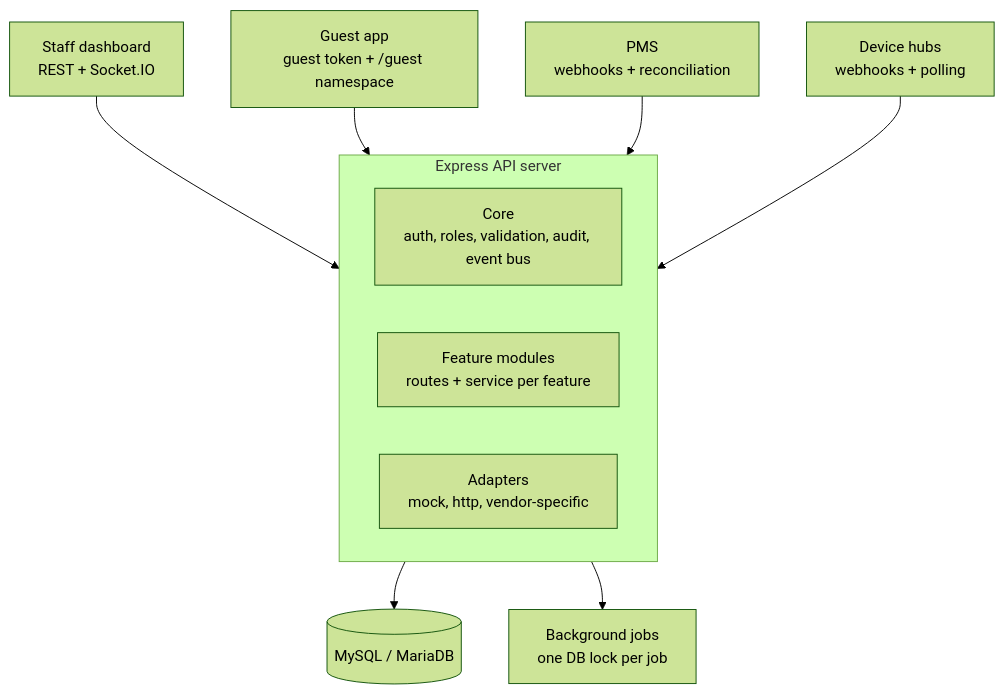
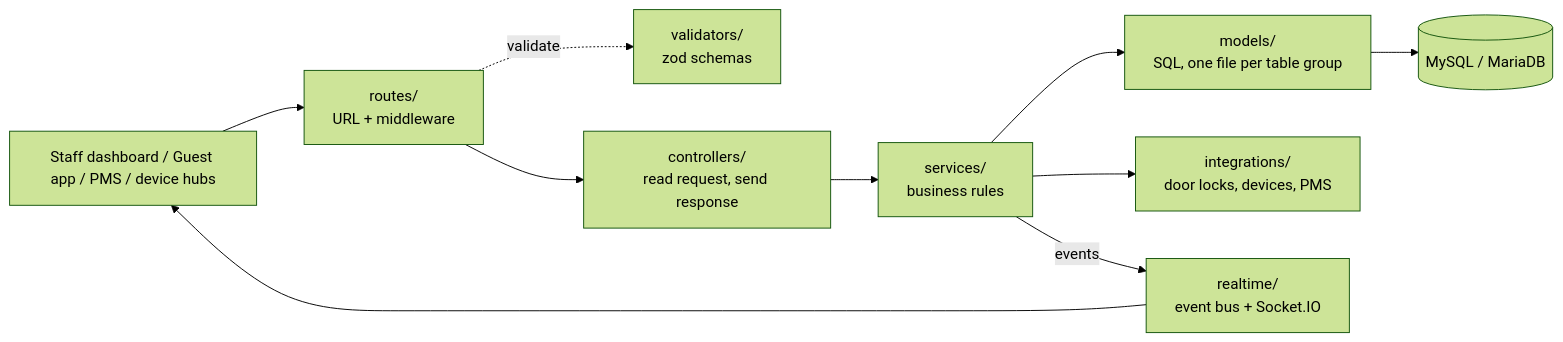
One commit to manny-e3/smart-stay-api changed the first of 2 diagrams in README.md. Above: the diagram before and after it, drawn with Mermaid (forest theme). The commit also changed other lines of this file and 223 other files, not shown here.

````diff
--- a/README.md
+++ b/README.md
@@ -44,23 +45,18 @@
 ```mermaid
-flowchart TB
-  Staff[Staff dashboard<br/>REST + Socket.IO]
-  Guest[Guest app<br/>guest token + /guest namespace]
-  PMS[PMS<br/>webhooks + reconciliation]
-  Hubs[Device hubs<br/>webhooks + polling]
+flowchart LR
+  Client[Staff dashboard / Guest app / PMS / device hubs]
+  Routes[routes/<br/>URL + middleware]
+  Validators[validators/<br/>zod schemas]
+  Controllers[controllers/<br/>read request, send response]
+  Services[services/<br/>business rules]
+  Models[models/<br/>SQL, one file per table group]
+  DB[(MySQL / MariaDB)]
+  Integrations[integrations/<br/>door locks, devices, PMS]
+  Realtime[realtime/<br/>event bus + Socket.IO]
 
-  subgraph API[Express API server]
-    Core[Core<br/>auth, roles, validation, audit, event bus]
-    Modules[Feature modules<br/>routes + service per feature]
-    Adapters[Adapters<br/>mock, http, vendor-specific]
-  end
-
-  DB[(MySQL / MariaDB)]
-  Jobs[Background jobs<br/>one DB lock per job]
-
-  Staff --> API
-  Guest --> API
-  PMS --> API
-  Hubs --> API
-  API --> DB
-  API --> Jobs
+  Client --> Routes
+  Routes -. validate .-> Validators
+  Routes --> Controllers --> Services --> Models --> DB
+  Services --> Integrations
+  Services -- events --> Realtime --> Client
 ```
````
